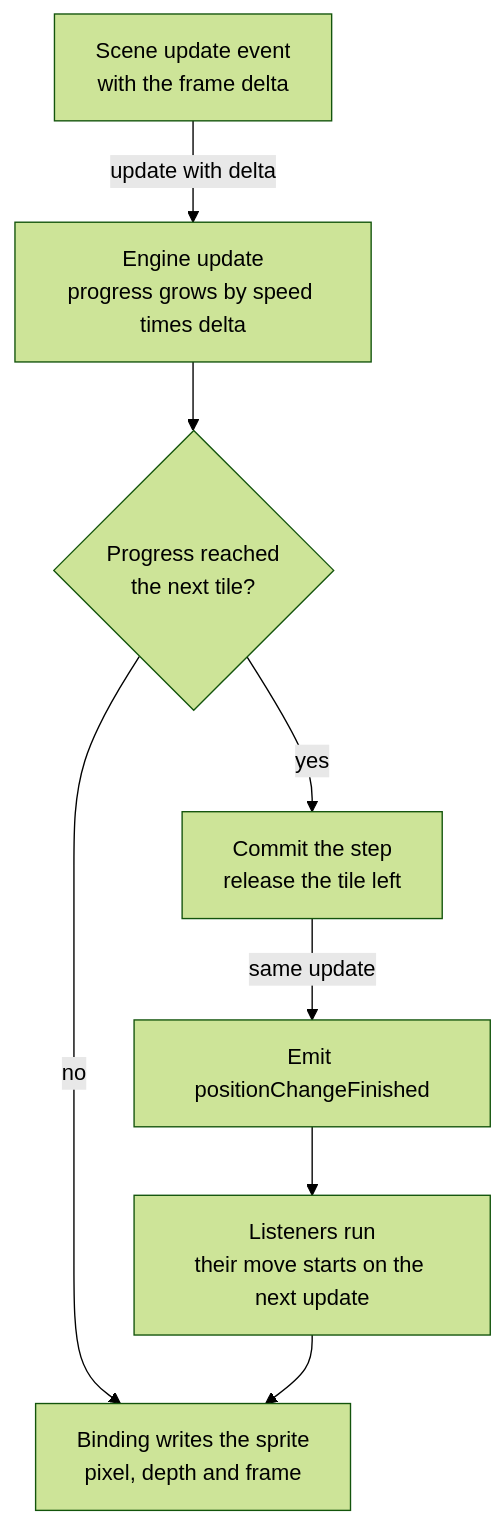
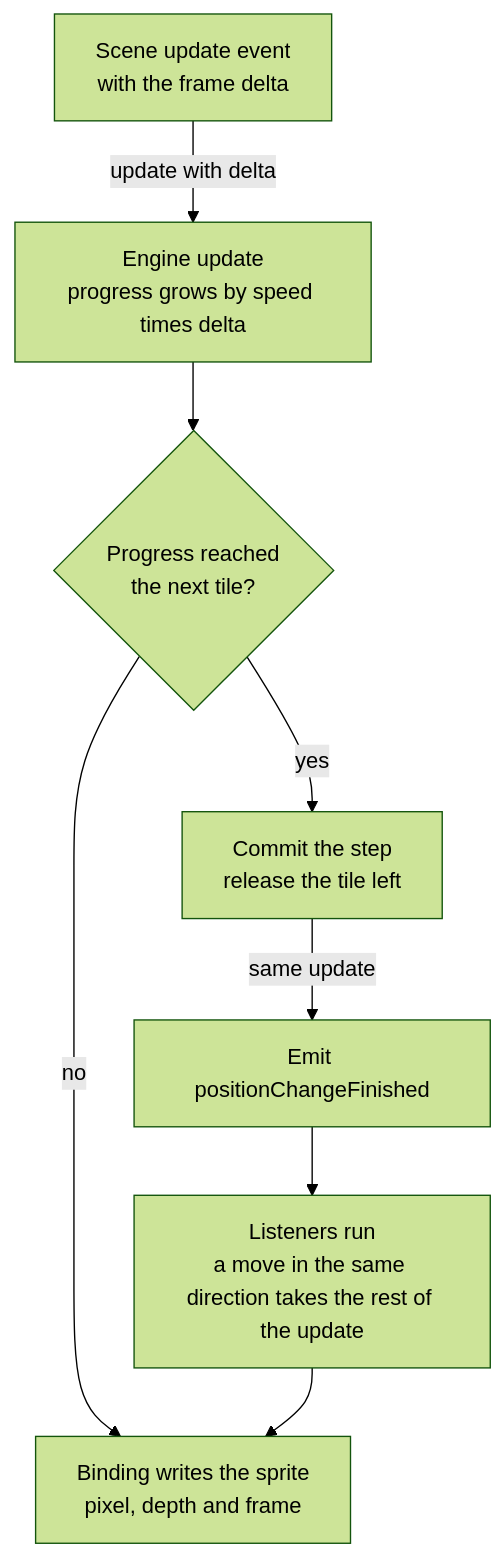
Before and after one commit to Esposter/Esposter: the first of 2 diagrams in openspec/changes/grid-engine-headless/design.md, drawn with Mermaid (forest theme). The commit also changed other lines of this file and 9 other files, not shown here.

First line of the commit message:
fix(grid-engine-headless): a step's excess carries into the next step in its direction, so a run covers the same tiles at any update rate (#419)

````diff
--- a/openspec/changes/grid-engine-headless/design.md
+++ b/openspec/changes/grid-engine-headless/design.md
@@ -15,17 +15,17 @@
 ```mermaid
 flowchart TD
   frame["Scene update event<br/>with the frame delta"]
   advance["Engine update<br/>progress grows by speed times delta"]
   reached{"Progress reached<br/>the next tile?"}
   commit["Commit the step<br/>release the tile left"]
   finished["Emit positionChangeFinished"]
-  listeners["Listeners run<br/>their move starts on the next update"]
+  listeners["Listeners run<br/>a move in the same direction takes the rest of the update"]
   sprite["Binding writes the sprite<br/>pixel, depth and frame"]
   frame -->|"update with delta"| advance
   advance --> reached
   reached -->|no| sprite
   reached -->|yes| commit
   commit -->|"same update"| finished
   finished --> listeners
   listeners --> sprite
 ```
````
